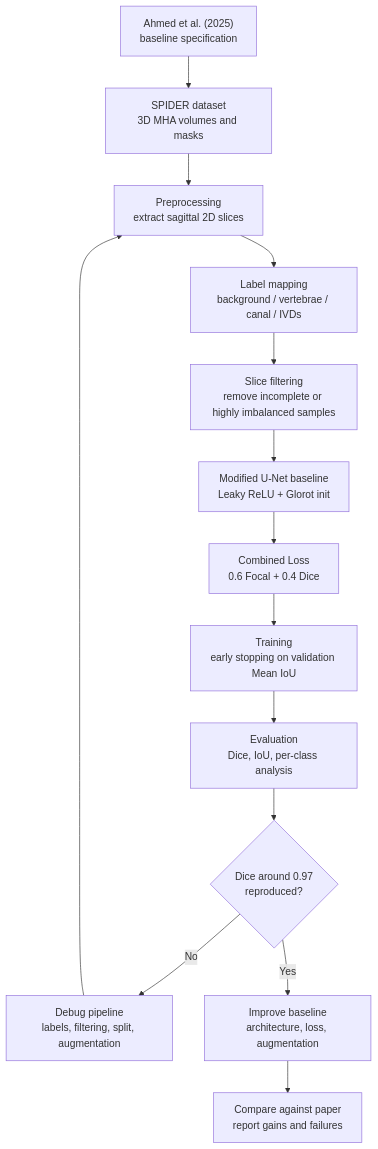
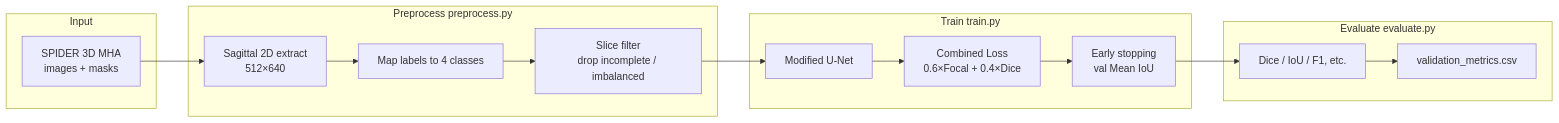
The first of 3 diagrams in README.md (Sol-momma/LumbarSeg), drawn with Mermaid before and after one commit. The commit also changed other lines of this file and 23 other files, not shown here.

````diff
--- a/README.md
+++ b/README.md
@@ -58,16 +41,21 @@
 ```mermaid
-flowchart TD
-    A["Ahmed et al. (2025)<br/>baseline specification"] --> B["SPIDER dataset<br/>3D MHA volumes and masks"]
-    B --> C["Preprocessing<br/>extract sagittal 2D slices"]
-    C --> D["Label mapping<br/>background / vertebrae / canal / IVDs"]
-    D --> E["Slice filtering<br/>remove incomplete or highly imbalanced samples"]
-    E --> F["Modified U-Net baseline<br/>Leaky ReLU + Glorot init"]
-    F --> G["Combined Loss<br/>0.6 Focal + 0.4 Dice"]
-    G --> H["Training<br/>early stopping on validation Mean IoU"]
-    H --> I["Evaluation<br/>Dice, IoU, per-class analysis"]
-    I --> J{"Dice around 0.97<br/>reproduced?"}
-    J -- "No" --> K["Debug pipeline<br/>labels, filtering, split, augmentation"]
-    K --> C
-    J -- "Yes" --> L["Improve baseline<br/>architecture, loss, augmentation"]
-    L --> M["Compare against paper<br/>report gains and failures"]
+flowchart LR
+  subgraph input["Input"]
+    A["SPIDER 3D MHA<br/>images + masks"]
+  end
+  subgraph prep["Preprocess preprocess.py"]
+    B["Sagittal 2D extract<br/>512×640"]
+    C["Map labels to 4 classes"]
+    D["Slice filter<br/>drop incomplete / imbalanced"]
+  end
+  subgraph train["Train train.py"]
+    E["Modified U-Net"]
+    F["Combined Loss<br/>0.6×Focal + 0.4×Dice"]
+    G["Early stopping<br/>val Mean IoU"]
+  end
+  subgraph eval["Evaluate evaluate.py"]
+    H["Dice / IoU / F1, etc."]
+    I["validation_metrics.csv"]
+  end
+  A --> B --> C --> D --> E --> F --> G --> H --> I
 ```
````
